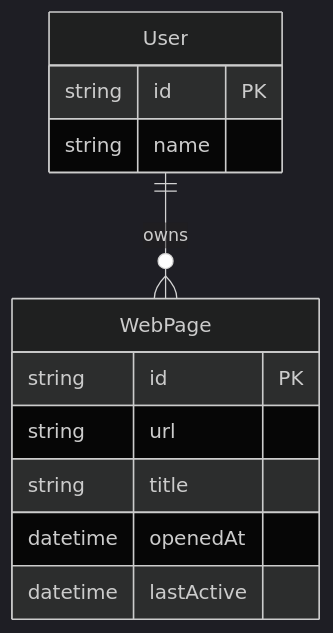
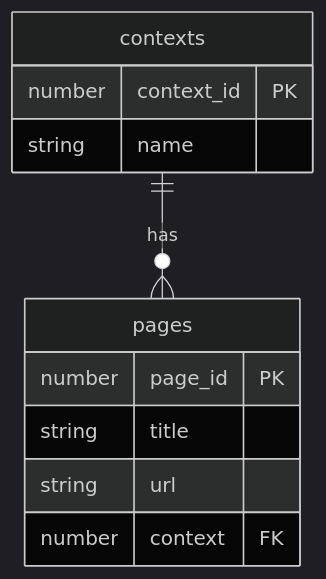
One commit to DawidSac24/ContentManager changed the diagram in README.md. Above: the diagram before and after it, drawn with Mermaid (dark theme). The commit also changed other lines of this file, not shown here.

````diff
--- a/README.md
+++ b/README.md
@@ -98,17 +81,16 @@
 ```mermaid
 erDiagram
-    WebPage {
-        string id PK
-        string url
-        string title
-        datetime openedAt
-        datetime lastActive
+    contexts {
+        number context_id PK
+        string name 
     }
 
-    User {
-        string id PK
-        string name
+    pages {
+        number page_id PK
+        string title
+        string url
+        number context FK
     }
 
-    User ||--o{ WebPage : owns
+    contexts ||--o{ pages : has
 ```
````
